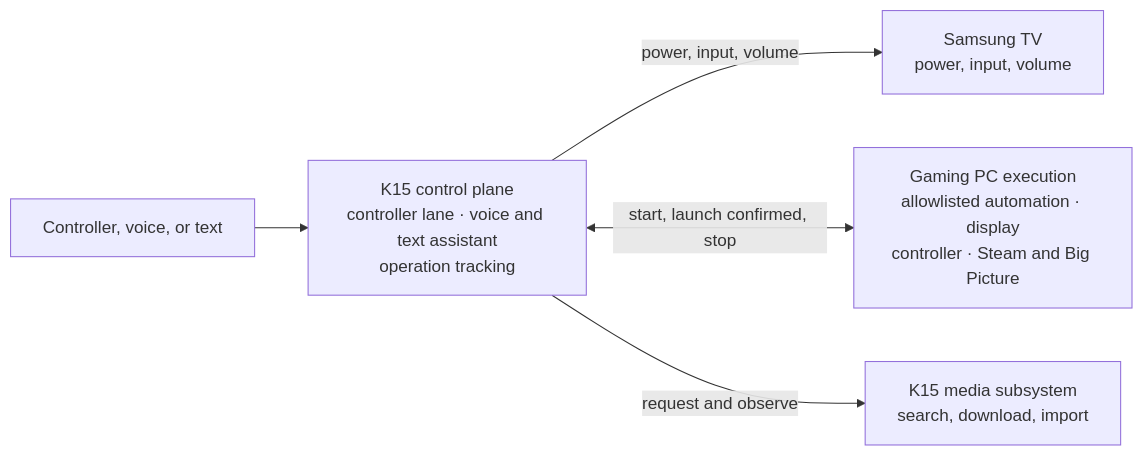
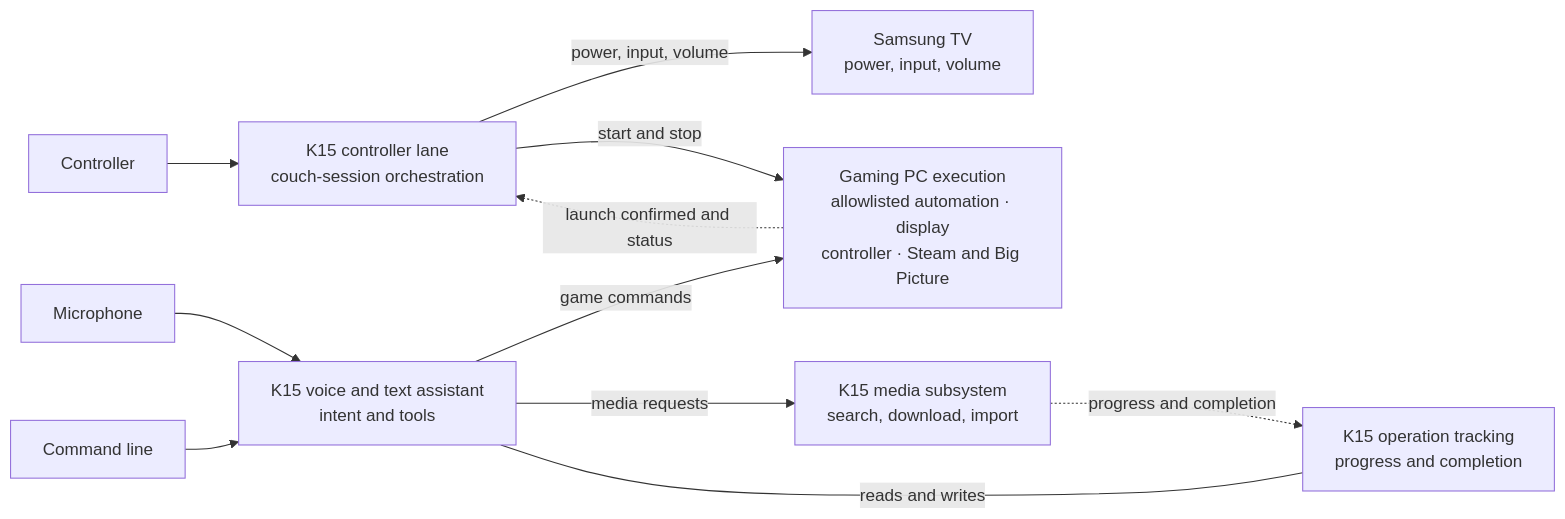
Before and after one commit to trillville/slopstation: the first of 2 diagrams in README.md, drawn with Mermaid.

Commit message:
docs: separate system inputs and control flows

````diff
--- a/README.md
+++ b/README.md
@@ -15,13 +15,26 @@
 ```mermaid
 flowchart LR
-    user[Controller, voice, or text]
-    k15[K15 control plane<br/>controller lane · voice and text assistant<br/>operation tracking]
+    controller[Controller]
+    microphone[Microphone]
+    command[Command line]
+
+    chord[K15 controller lane<br/>couch-session orchestration]
+    assistant[K15 voice and text assistant<br/>intent and tools]
+    operations[K15 operation tracking<br/>progress and completion]
+
     tv[Samsung TV<br/>power, input, volume]
     pc[Gaming PC execution<br/>allowlisted automation · display<br/>controller · Steam and Big Picture]
     media[K15 media subsystem<br/>search, download, import]
 
-    user --> k15
-    k15 -->|power, input, volume| tv
-    k15 <-->|start, launch confirmed, stop| pc
-    k15 -->|request and observe| media
+    controller --> chord
+    microphone --> assistant
+    command --> assistant
+
+    chord -->|power, input, volume| tv
+    chord -->|start and stop| pc
+    pc -. launch confirmed and status .-> chord
+    assistant -->|game commands| pc
+    assistant -->|media requests| media
+    assistant ---|reads and writes| operations
+    media -. progress and completion .-> operations
 ```
````
